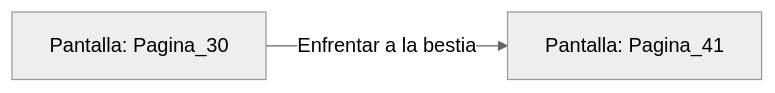
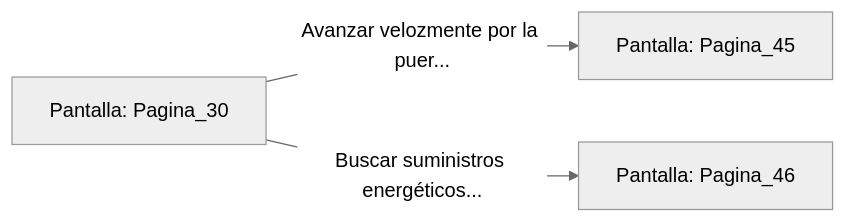
The diagram in sample/eligejuego-vault/Pantalla_Pagina_30.md (metsuke/mpl), drawn with Mermaid (neutral theme) before and after one commit. The commit also changed other lines of this file and 635 other files, not shown here.

First line of the commit message:
fix: añadir Pagina_1 como pantalla inicial en capitulo_01.mpl

````diff
--- a/sample/eligejuego-vault/Pantalla_Pagina_30.md
+++ b/sample/eligejuego-vault/Pantalla_Pagina_30.md
@@ -14,5 +22,6 @@
 ```mermaid
 graph LR
     P_Pagina_30["Pantalla: Pagina_30"]
-    P_Pagina_30 -->|"Enfrentar a la bestia"| P_Pagina_41["Pantalla: Pagina_41"]
+    P_Pagina_30 -->|"Avanzar velozmente por la puer..."| P_Pagina_45["Pantalla: Pagina_45"]
+    P_Pagina_30 -->|"Buscar suministros energéticos..."| P_Pagina_46["Pantalla: Pagina_46"]
 ```
````
